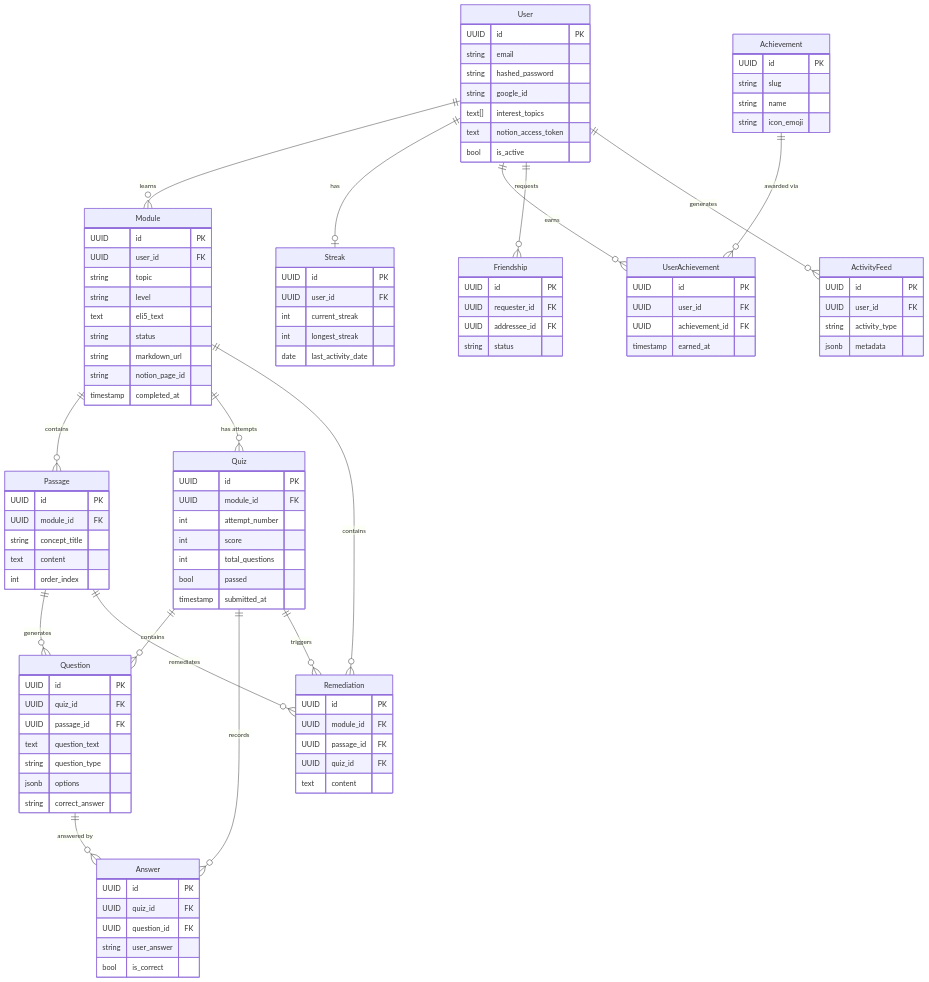
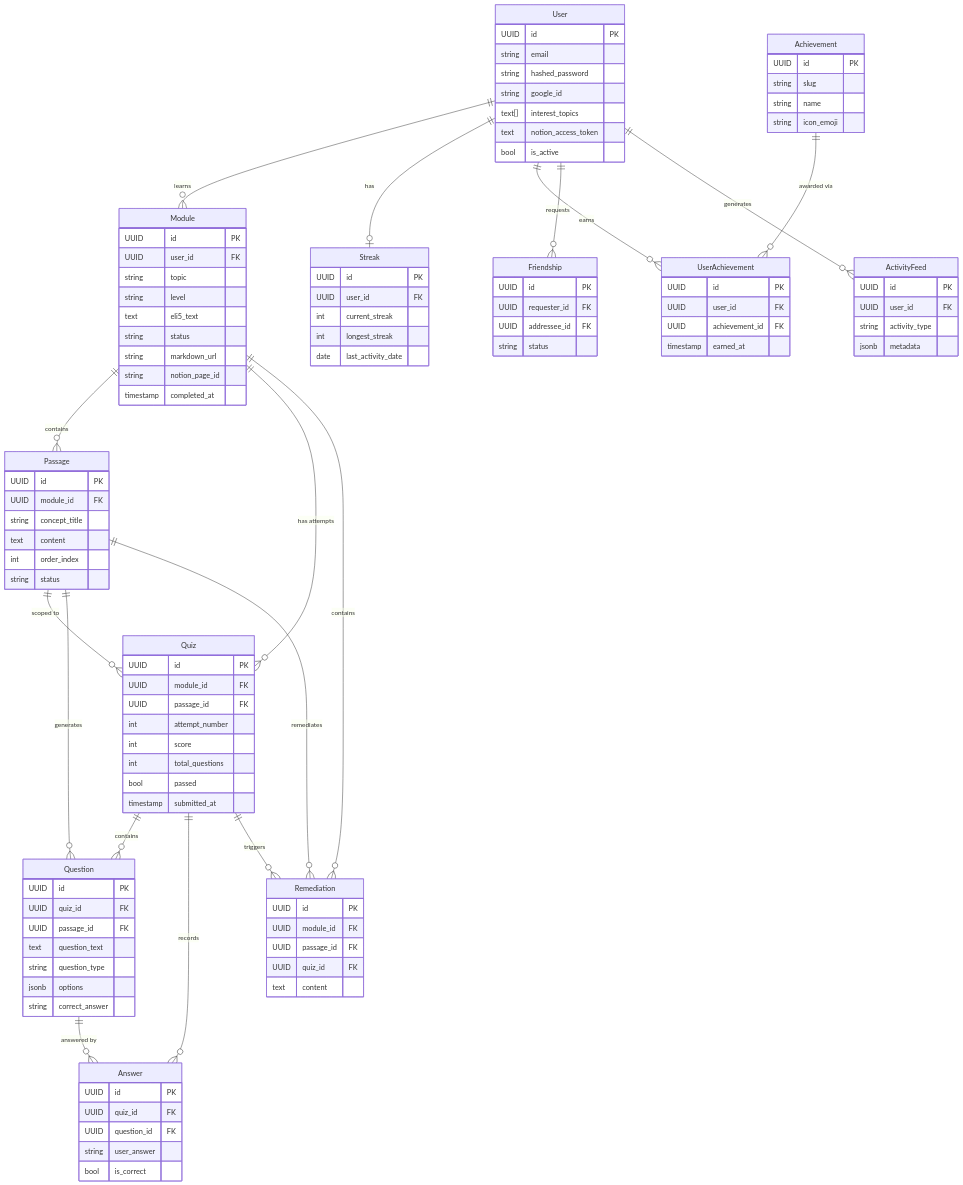
One commit to Raahul-G/MasterMindAI changed the first of 8 diagrams in SYSTEM_BREAKDOWN.md. Above: the diagram before and after it, drawn with Mermaid. The commit also changed other lines of this file and 16 other files, not shown here.

```diff
--- a/SYSTEM_BREAKDOWN.md
+++ b/SYSTEM_BREAKDOWN.md
@@ -164,10 +164,12 @@
         string concept_title
         text content
         int order_index
+        string status
     }
     Quiz {
         UUID id PK
         UUID module_id FK
+        UUID passage_id FK
         int attempt_number
         int score
         int total_questions
@@ -238,6 +240,7 @@
     Module ||--o{ Passage : "contains"
     Module ||--o{ Quiz : "has attempts"
     Module ||--o{ Remediation : "contains"
+    Passage ||--o{ Quiz : "scoped to"
     Passage ||--o{ Question : "generates"
     Passage ||--o{ Remediation : "remediates"
     Quiz ||--o{ Question : "contains"
```
